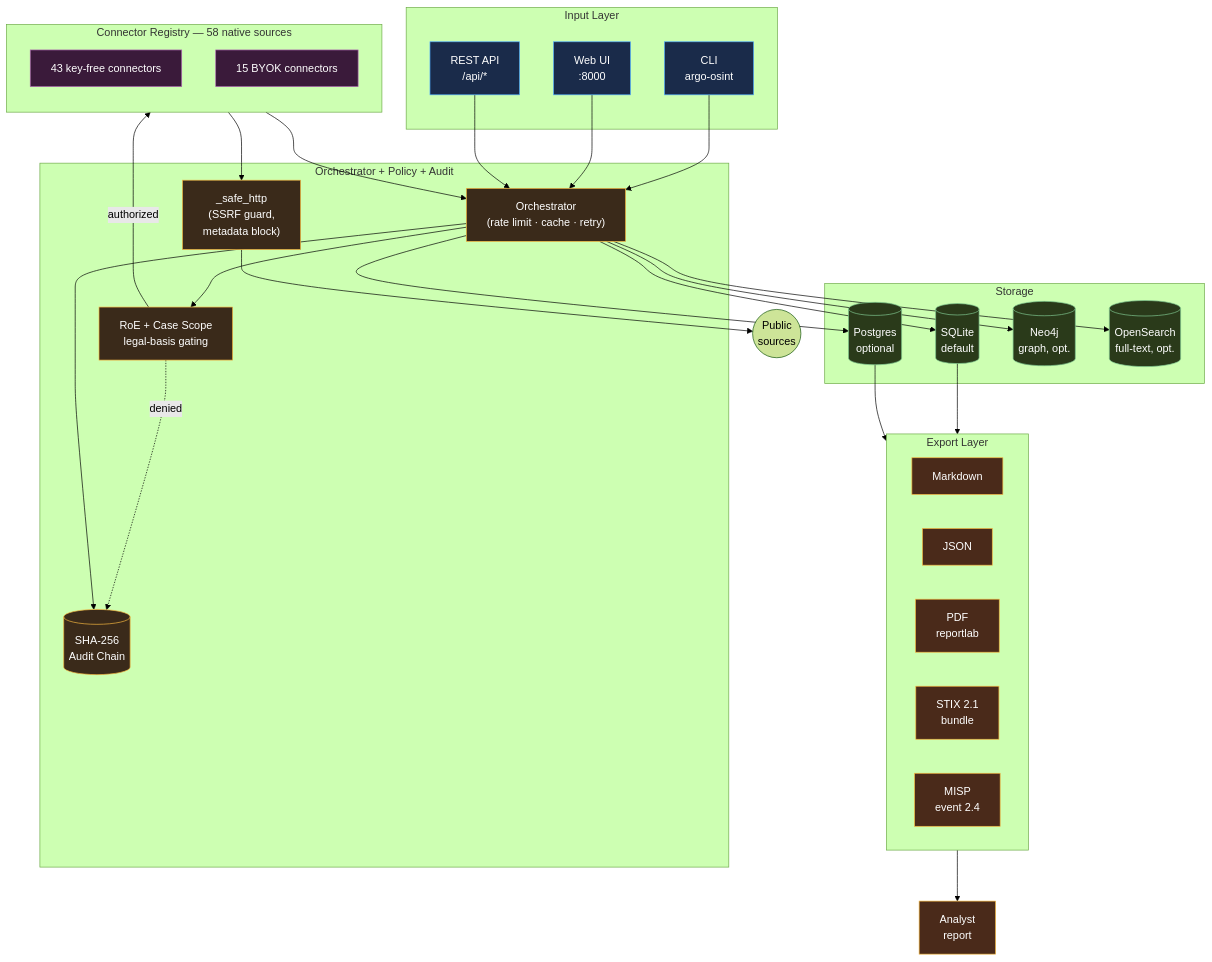
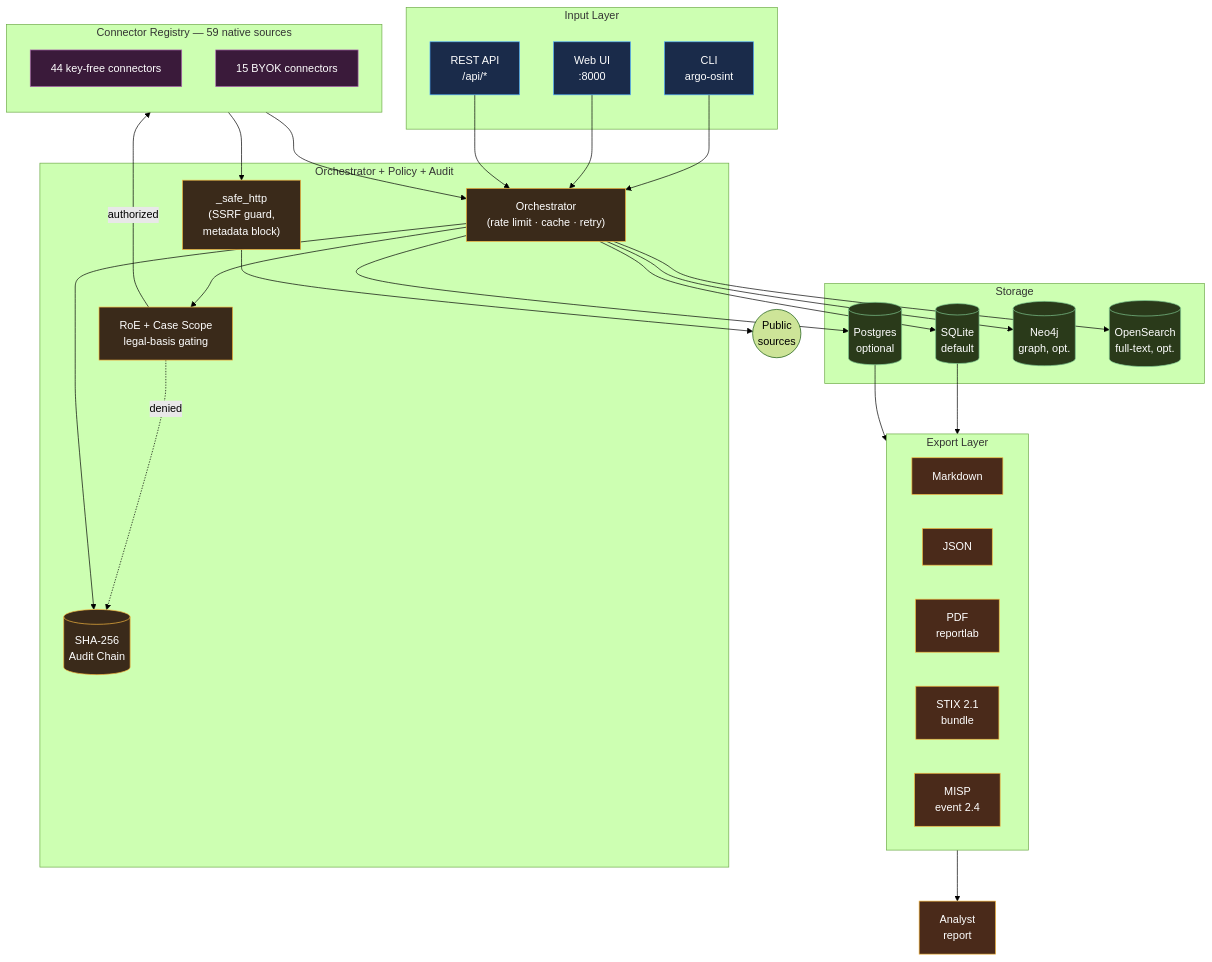
One commit to gnudrus-del/argo-cloud-osint-platform changed the diagram in README.md. Above: the diagram before and after it, drawn with Mermaid (forest theme). The commit also changed other lines of this file and 1 other file, not shown here.

First line of the commit message:
docs(readme): fact-check pass — real connector count, bilingual, shipped hardening

````diff
--- a/README.md
+++ b/README.md
@@ -194,66 +196,66 @@
 ```mermaid
 flowchart TB
     subgraph INPUT["Input Layer"]
         CLI["CLI<br/>argo-osint"]
         WEB["Web UI<br/>:8000"]
         API["REST API<br/>/api/*"]
     end
 
     subgraph CORE["Orchestrator + Policy + Audit"]
         ORCH["Orchestrator<br/>(rate limit · cache · retry)"]
         POLICY["RoE + Case Scope<br/>legal-basis gating"]
         AUDIT[("SHA-256<br/>Audit Chain")]
         SSRF["_safe_http<br/>(SSRF guard,<br/>metadata block)"]
     end
 
     subgraph STORE["Storage"]
         SQLITE[("SQLite<br/>default")]
         PG[("Postgres<br/>optional")]
         NEO[("Neo4j<br/>graph, opt.")]
         OS[("OpenSearch<br/>full-text, opt.")]
     end
 
-    subgraph REG["Connector Registry — 58 native sources"]
+    subgraph REG["Connector Registry — 59 native sources"]
         direction TB
-        KFREE["43 key-free connectors"]
+        KFREE["44 key-free connectors"]
         BYOK["15 BYOK connectors"]
     end
 
     subgraph EXPORT["Export Layer"]
         MD["Markdown"]
         JSON["JSON"]
         PDF["PDF<br/>reportlab"]
         STIX["STIX 2.1<br/>bundle"]
         MISPX["MISP<br/>event 2.4"]
     end
 
     CLI --> ORCH
     WEB --> ORCH
     API --> ORCH
     ORCH --> POLICY
     POLICY -->|"authorized"| REG
     POLICY -.->|"denied"| AUDIT
     REG --> SSRF
     SSRF --> INTERNET(("Public<br/>sources"))
     REG --> ORCH
     ORCH --> AUDIT
     ORCH --> SQLITE
     ORCH --> PG
     ORCH --> NEO
     ORCH --> OS
     SQLITE --> EXPORT
     PG --> EXPORT
     EXPORT --> REPORT["Analyst<br/>report"]
 
     classDef inputStyle fill:#1a2b4a,stroke:#4facfe,color:#fff
     classDef coreStyle fill:#3a2a1a,stroke:#f5b740,color:#fff
     classDef storeStyle fill:#2a3a1a,stroke:#7fc78f,color:#fff
     classDef regStyle fill:#3a1a3a,stroke:#b06ab3,color:#fff
     classDef exportStyle fill:#4a2a1a,stroke:#f5b740,color:#fff
 
     class CLI,WEB,API inputStyle
     class ORCH,POLICY,AUDIT,SSRF coreStyle
     class SQLITE,PG,NEO,OS storeStyle
     class KFREE,BYOK regStyle
     class MD,JSON,PDF,STIX,MISPX,REPORT exportStyle
 ```
````
